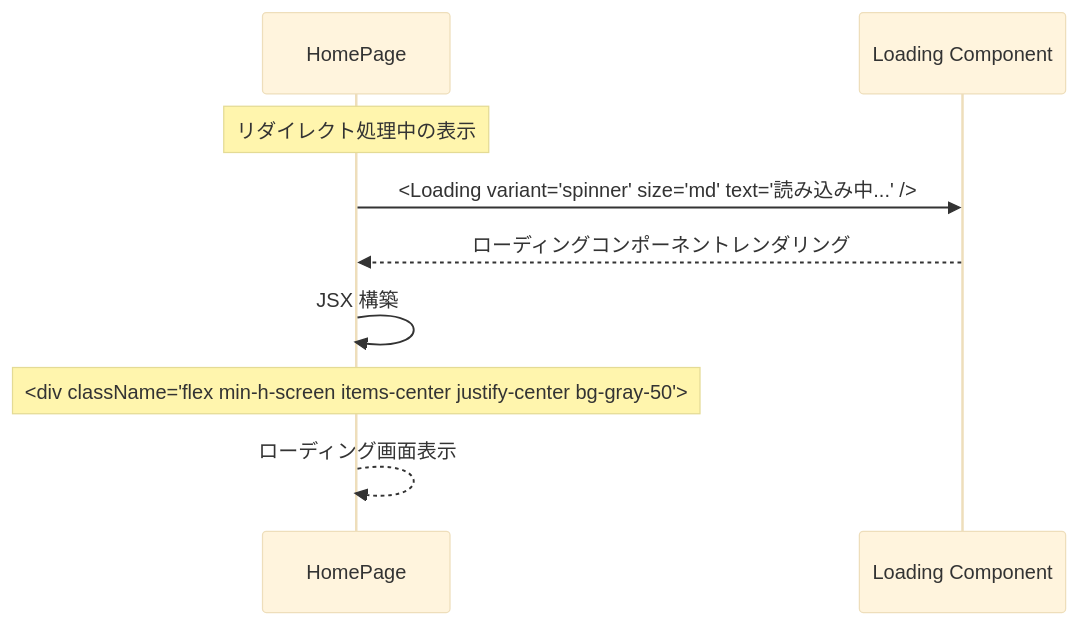
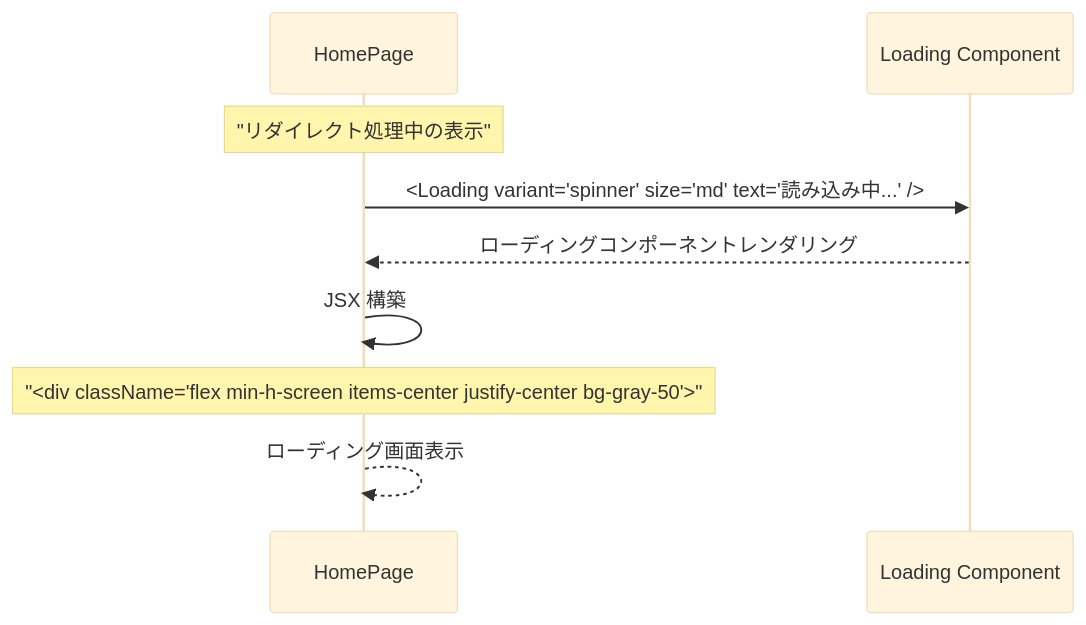
The second of 7 diagrams in document/pages/sequence/root.md (wasabi49/ocs-systemDevelopmentExercises), drawn with Mermaid (base theme) before and after one commit. The commit also changed other lines of this file and 42 other files, not shown here.

First line of the commit message:
fix: mermaidシーケンス図のNote over文でダブルクォーテーション不足を修正

````diff
--- a/document/pages/sequence/root.md
+++ b/document/pages/sequence/root.md
@@ -36,13 +36,13 @@
 ```mermaid
 sequenceDiagram
     participant Page as HomePage
     participant Loading as Loading Component
 
-    Note over Page: リダイレクト処理中の表示
+    Note over Page: "リダイレクト処理中の表示"
     
     Page->>Loading: <Loading variant="spinner" size="md" text="読み込み中..." />
     Loading-->>Page: ローディングコンポーネントレンダリング
     Page->>Page: JSX 構築
-    Note over Page: <div className="flex min-h-screen items-center justify-center bg-gray-50">
+    Note over Page: "<div className="flex min-h-screen items-center justify-center bg-gray-50">"
     Page-->>Page: ローディング画面表示
 ```
````
